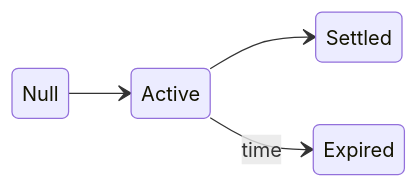
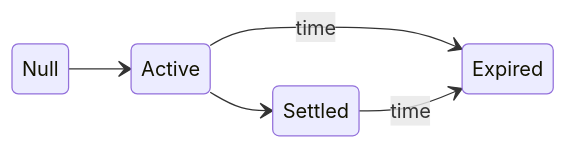
Before and after one commit to sablier-labs/docs: the diagram in docs/concepts/bob/02-statuses.md, drawn with Mermaid.

Commit message:
chore: polish state transition for bob status (#431)

````diff
--- a/docs/concepts/bob/02-statuses.md
+++ b/docs/concepts/bob/02-statuses.md
@@ -40,7 +40,8 @@
 ```mermaid
 stateDiagram-v2
   direction LR
   Null --> Active
   Active --> Settled
   Active --> Expired : time
+  Settled --> Expired : time
 ```
````
